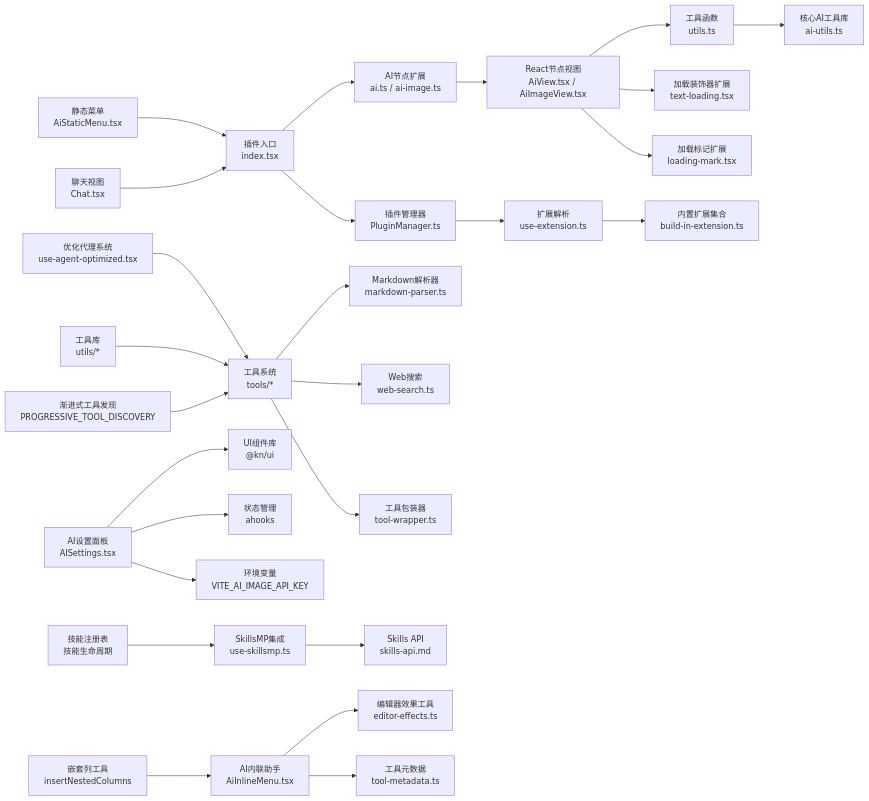
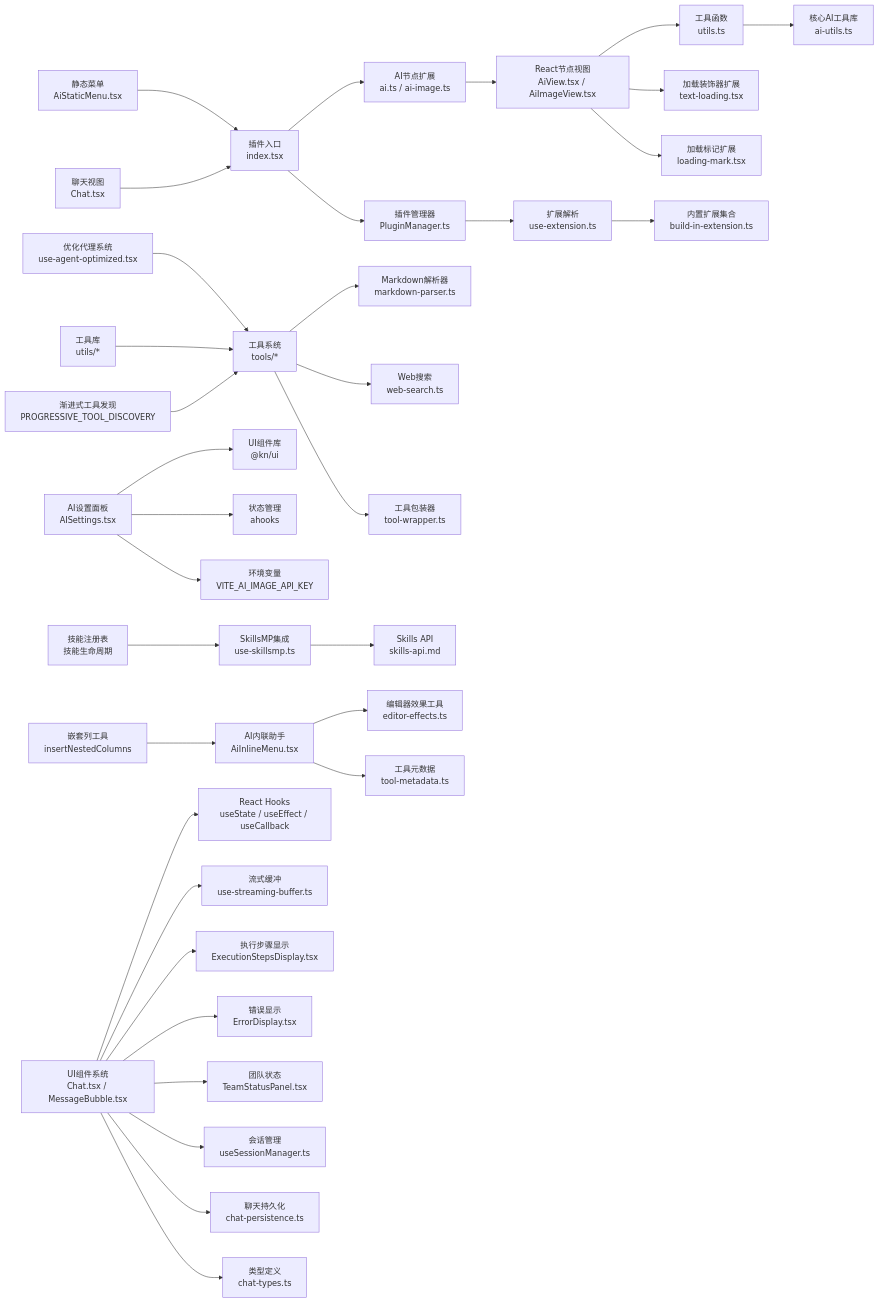
The tenth of 10 diagrams in .qoder/repowiki/zh/content/功能模块/AI插件/AI插件.md (LRF0422/Kotion), drawn with Mermaid before and after one commit. The commit also changed other lines of this file and 10 other files, not shown here.

````diff
--- a/.qoder/repowiki/zh/content/功能模块/AI插件/AI插件.md
+++ b/.qoder/repowiki/zh/content/功能模块/AI插件/AI插件.md
@@ -943,28 +1150,36 @@
 ```mermaid
 graph LR
 A["插件入口<br/>index.tsx"] --> B["AI节点扩展<br/>ai.ts / ai-image.ts"]
 B --> C["React节点视图<br/>AiView.tsx / AiImageView.tsx"]
 C --> D["工具函数<br/>utils.ts"]
 D --> E["核心AI工具库<br/>ai-utils.ts"]
 C --> F["加载装饰器扩展<br/>text-loading.tsx"]
 C --> G["加载标记扩展<br/>loading-mark.tsx"]
 A --> H["插件管理器<br/>PluginManager.ts"]
 H --> I["扩展解析<br/>use-extension.ts"]
 I --> J["内置扩展集合<br/>build-in-extension.ts"]
 K["静态菜单<br/>AiStaticMenu.tsx"] --> A
 L["聊天视图<br/>Chat.tsx"] --> A
 M["优化代理系统<br/>use-agent-optimized.tsx"] --> N["工具系统<br/>tools/*"]
 N --> O["Markdown解析器<br/>markdown-parser.ts"]
 N --> P["Web搜索<br/>web-search.ts"]
 N --> Q["工具包装器<br/>tool-wrapper.ts"]
 R["工具库<br/>utils/*"] --> N
 S["AI设置面板<br/>AISettings.tsx"] --> T["UI组件库<br/>@kn/ui"]
 S --> U["状态管理<br/>ahooks"]
 S --> V["环境变量<br/>VITE_AI_IMAGE_API_KEY"]
 W["SkillsMP集成<br/>use-skillsmp.ts"] --> X["Skills API<br/>skills-api.md"]
 Y["技能注册表<br/>技能生命周期"] --> W
 Z["渐进式工具发现<br/>PROGRESSIVE_TOOL_DISCOVERY"] --> N
 AA["AI内联助手<br/>AiInlineMenu.tsx"] --> BB["编辑器效果工具<br/>editor-effects.ts"]
 AA --> CC["工具元数据<br/>tool-metadata.ts"]
 DD["嵌套列工具<br/>insertNestedColumns"] --> AA
+EE["UI组件系统<br/>Chat.tsx / MessageBubble.tsx"] --> FF["React Hooks<br/>useState / useEffect / useCallback"]
+EE --> GG["流式缓冲<br/>use-streaming-buffer.ts"]
+EE --> HH["执行步骤显示<br/>ExecutionStepsDisplay.tsx"]
+EE --> II["错误显示<br/>ErrorDisplay.tsx"]
+EE --> JJ["团队状态<br/>TeamStatusPanel.tsx"]
+EE --> KK["会话管理<br/>useSessionManager.ts"]
+EE --> LL["聊天持久化<br/>chat-persistence.ts"]
+EE --> MM["类型定义<br/>chat-types.ts"]
 ```
````
